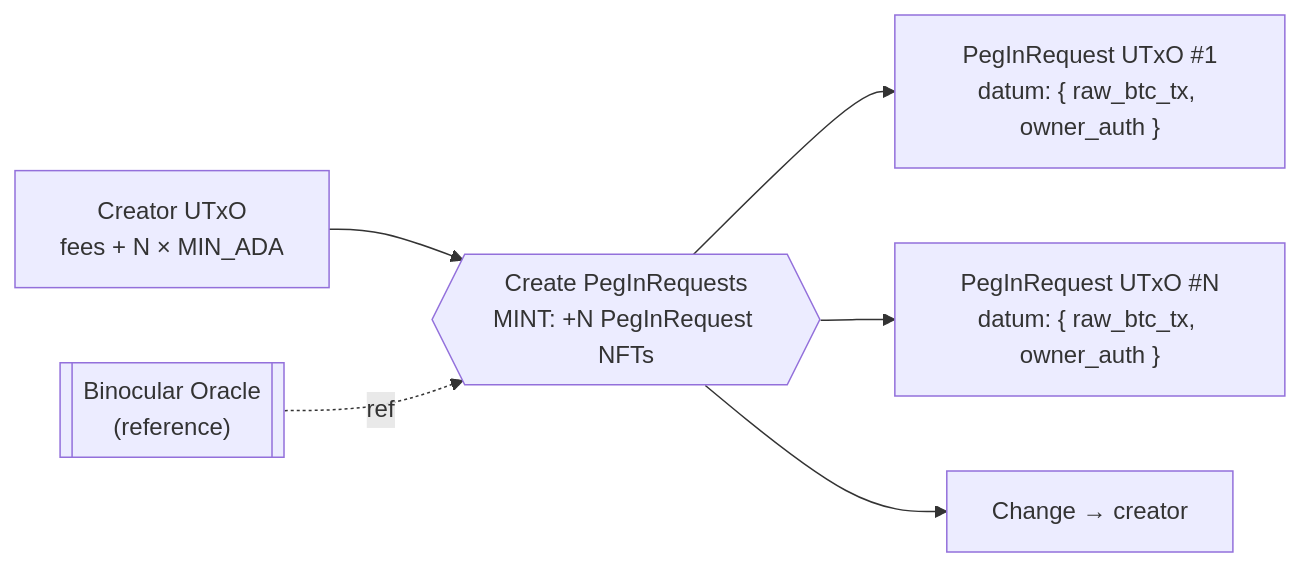
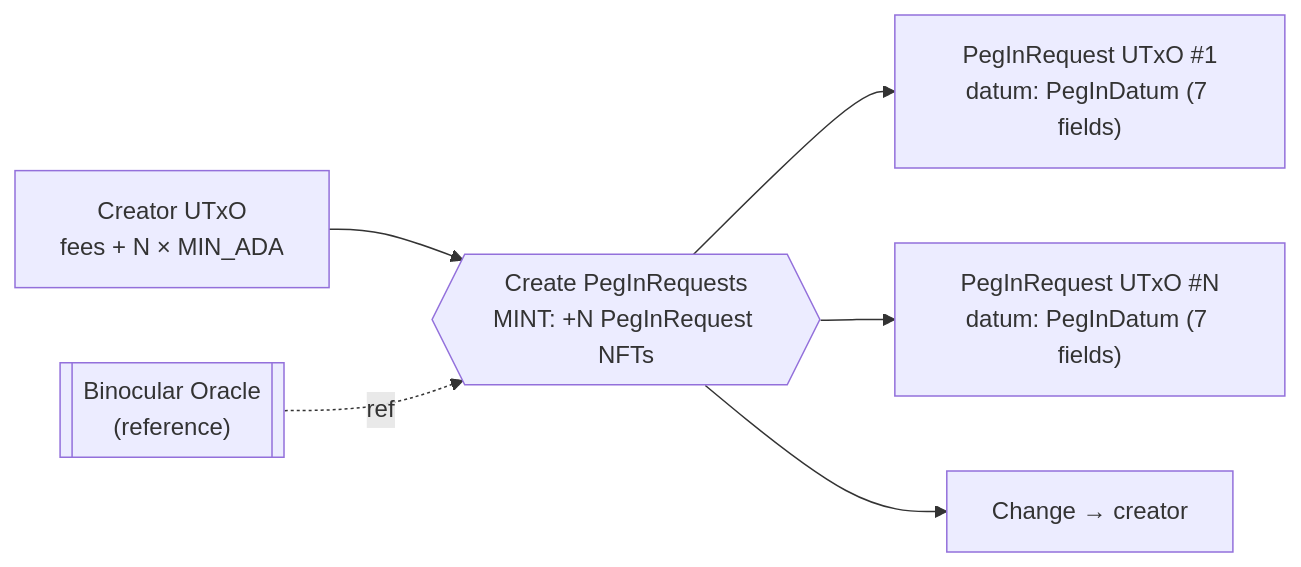
One commit to FluidTokens/ft-bifrost-bridge changed the second of 11 diagrams in documentation/technical_documentation.md. Above: the diagram before and after it, drawn with Mermaid. The commit also changed other lines of this file, not shown here.

First line of the commit message:
docs: unify PegInDatum to the implemented 7-field layout (G9)

````diff
--- a/documentation/technical_documentation.md
+++ b/documentation/technical_documentation.md
@@ -740,8 +740,8 @@
 ```mermaid
 flowchart LR
   creator["Creator UTxO<br/>fees + N × MIN_ADA"] --> tx{{"Create PegInRequests<br/>MINT: +N PegInRequest NFTs"}}
   oracle[["Binocular Oracle<br/>(reference)"]] -. ref .-> tx
-  tx --> pir1["PegInRequest UTxO #1<br/>datum: { raw_btc_tx, owner_auth }"]
-  tx --> pirN["PegInRequest UTxO #N<br/>datum: { raw_btc_tx, owner_auth }"]
+  tx --> pir1["PegInRequest UTxO #1<br/>datum: PegInDatum (7 fields)"]
+  tx --> pirN["PegInRequest UTxO #N<br/>datum: PegInDatum (7 fields)"]
   tx --> change["Change → creator"]
 ```
````
